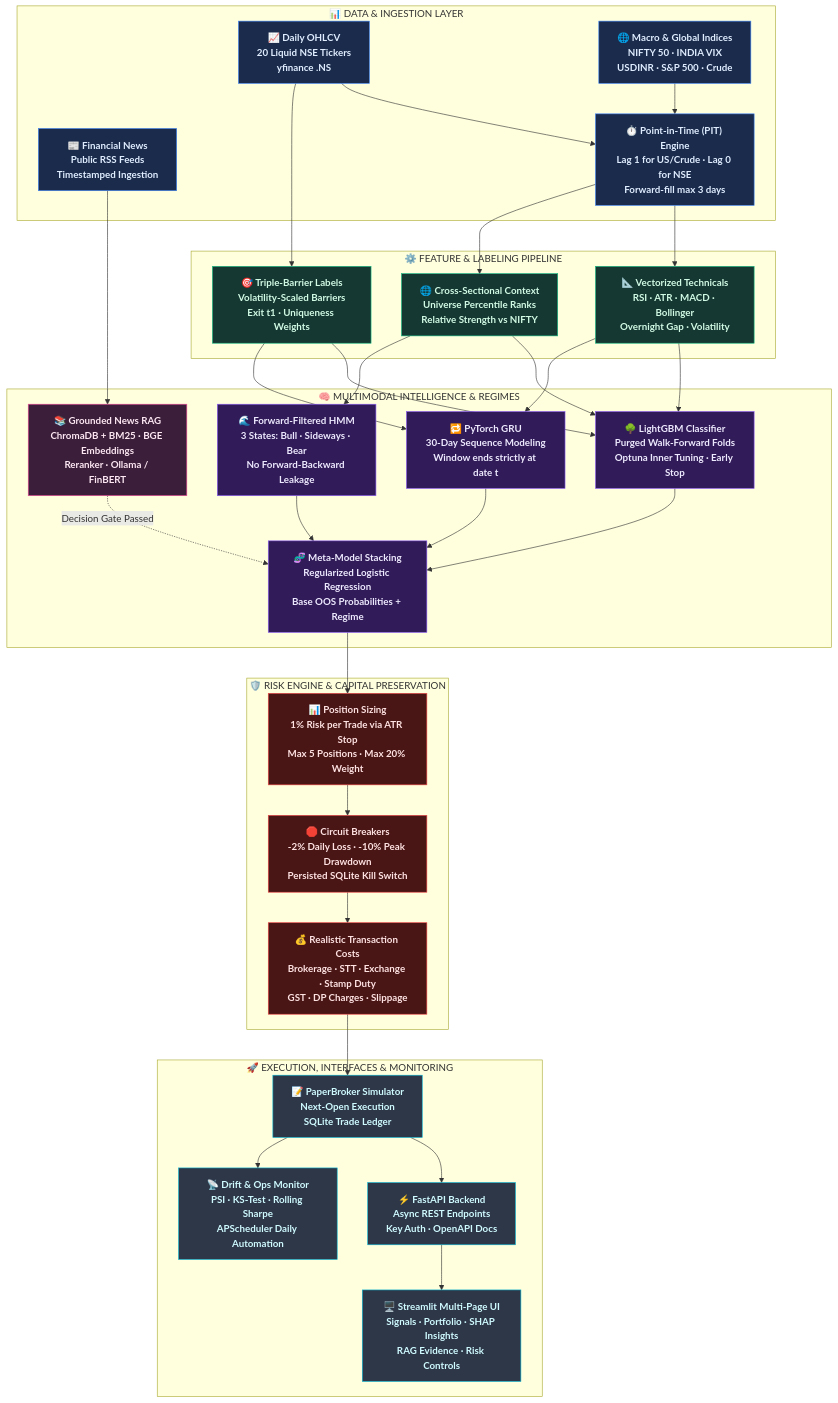
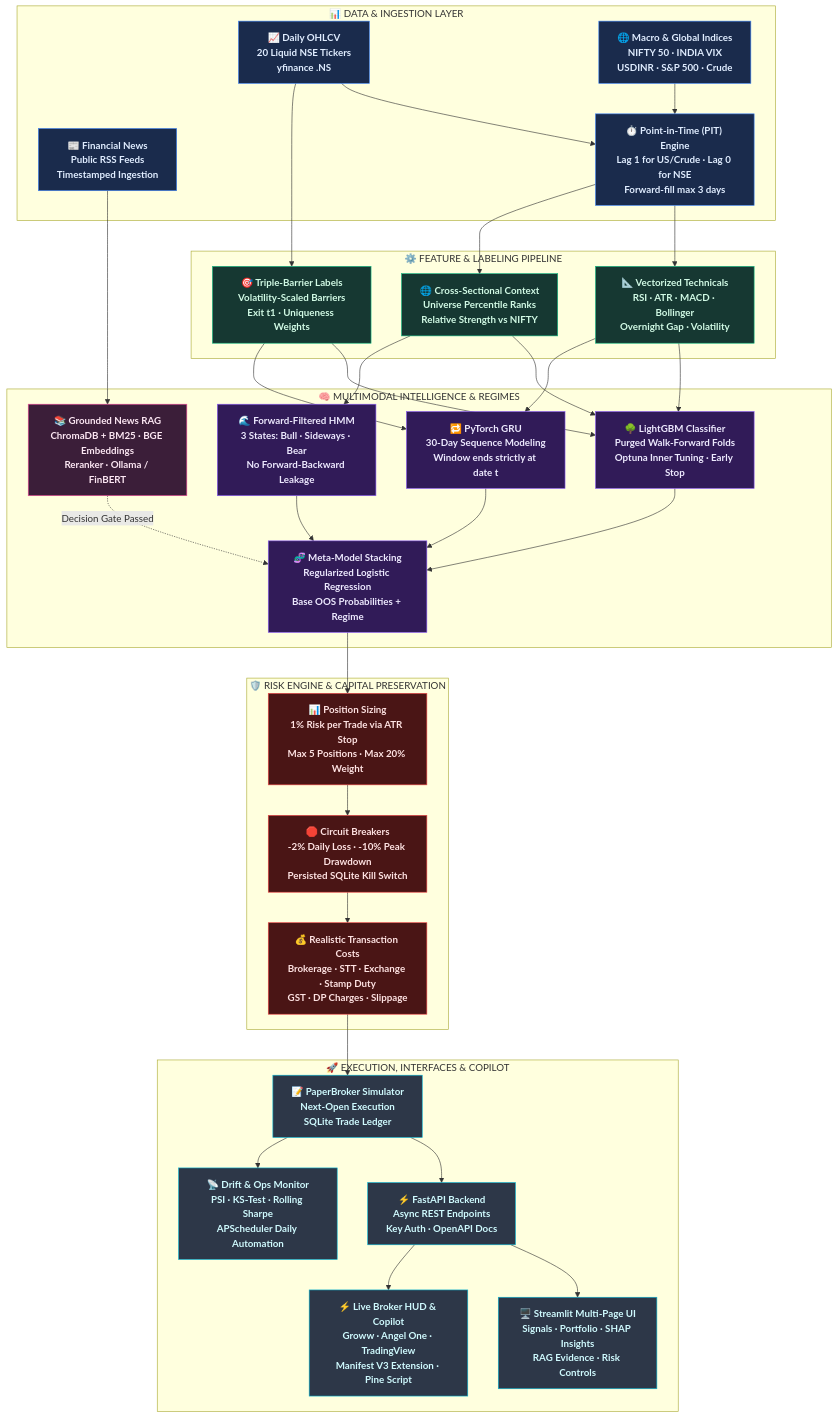
One commit to Aryan-Lade/Niveshak changed the first of 5 diagrams in README.md. Above: the diagram before and after it, drawn with Mermaid. The commit also changed other lines of this file and 10 other files, not shown here.

Commit message:
docs: update README with real-time Day-Trader Copilot, Chrome Extension, and TradingView Pine Script guides

````diff
--- a/README.md
+++ b/README.md
@@ -45,67 +45,69 @@
 ```mermaid
 flowchart TD
     subgraph DATA["📊 DATA & INGESTION LAYER"]
         A1["📈 Daily OHLCV\n20 Liquid NSE Tickers\nyfinance .NS"]:::data
         A2["🌐 Macro & Global Indices\nNIFTY 50 · INDIA VIX\nUSDINR · S&P 500 · Crude"]:::data
         A3["📰 Financial News\nPublic RSS Feeds\nTimestamped Ingestion"]:::data
         A4["⏱️ Point-in-Time (PIT) Engine\nLag 1 for US/Crude · Lag 0 for NSE\nForward-fill max 3 days"]:::data
     end
 
     subgraph FEAT["⚙️ FEATURE & LABELING PIPELINE"]
         B1["📐 Vectorized Technicals\nRSI · ATR · MACD · Bollinger\nOvernight Gap · Volatility"]:::feat
         B2["🌐 Cross-Sectional Context\nUniverse Percentile Ranks\nRelative Strength vs NIFTY"]:::feat
         B3["🎯 Triple-Barrier Labels\nVolatility-Scaled Barriers\nExit t1 · Uniqueness Weights"]:::feat
     end
 
     subgraph MODELS["🧠 MULTIMODAL INTELLIGENCE & REGIMES"]
         C1["🌳 LightGBM Classifier\nPurged Walk-Forward Folds\nOptuna Inner Tuning · Early Stop"]:::model
         C2["🔁 PyTorch GRU\n30-Day Sequence Modeling\nWindow ends strictly at date t"]:::model
         C3["🌊 Forward-Filtered HMM\n3 States: Bull · Sideways · Bear\nNo Forward-Backward Leakage"]:::model
         C4["📚 Grounded News RAG\nChromaDB + BM25 · BGE Embeddings\nReranker · Ollama / FinBERT"]:::rag
         C5["🧬 Meta-Model Stacking\nRegularized Logistic Regression\nBase OOS Probabilities + Regime"]:::model
     end
 
     subgraph RISK["🛡️ RISK ENGINE & CAPITAL PRESERVATION"]
         D1["📊 Position Sizing\n1% Risk per Trade via ATR Stop\nMax 5 Positions · Max 20% Weight"]:::risk
         D2["🛑 Circuit Breakers\n-2% Daily Loss · -10% Peak Drawdown\nPersisted SQLite Kill Switch"]:::risk
         D3["💰 Realistic Transaction Costs\nBrokerage · STT · Exchange · Stamp Duty\nGST · DP Charges · Slippage"]:::risk
     end
 
-    subgraph EXEC["🚀 EXECUTION, INTERFACES & MONITORING"]
+    subgraph EXEC["🚀 EXECUTION, INTERFACES & COPILOT"]
         E1["📝 PaperBroker Simulator\nNext-Open Execution\nSQLite Trade Ledger"]:::exec
         E2["⚡ FastAPI Backend\nAsync REST Endpoints\nKey Auth · OpenAPI Docs"]:::exec
         E3["🖥️ Streamlit Multi-Page UI\nSignals · Portfolio · SHAP Insights\nRAG Evidence · Risk Controls"]:::exec
         E4["📡 Drift & Ops Monitor\nPSI · KS-Test · Rolling Sharpe\nAPScheduler Daily Automation"]:::exec
+        E5["⚡ Live Broker HUD & Copilot\nGroww · Angel One · TradingView\nManifest V3 Extension · Pine Script"]:::exec
     end
 
     A1 --> A4
     A2 --> A4
     A3 --> C4
     A4 --> B1
     A4 --> B2
     A1 --> B3
     B1 --> C1
     B2 --> C1
     B1 --> C2
     B2 --> C3
     B3 --> C1
     B3 --> C2
     C1 --> C5
     C2 --> C5
     C3 --> C5
     C4 -.->|Decision Gate Passed| C5
     C5 --> D1
     D1 --> D2
     D2 --> D3
     D3 --> E1
     E1 --> E2
     E2 --> E3
     E1 --> E4
+    E2 --> E5
 
     classDef data   fill:#1a2b4c,stroke:#3b82f6,color:#e0edff,font-weight:bold
     classDef feat   fill:#163832,stroke:#10b981,color:#d1fae5,font-weight:bold
     classDef model  fill:#311b58,stroke:#8b5cf6,color:#ede9fe,font-weight:bold
     classDef rag    fill:#3b1e39,stroke:#ec4899,color:#fce7f3,font-weight:bold
     classDef risk   fill:#4a1515,stroke:#ef4444,color:#fee2e2,font-weight:bold
     classDef exec   fill:#2d3748,stroke:#06b6d4,color:#cffafe,font-weight:bold
 ```
````
